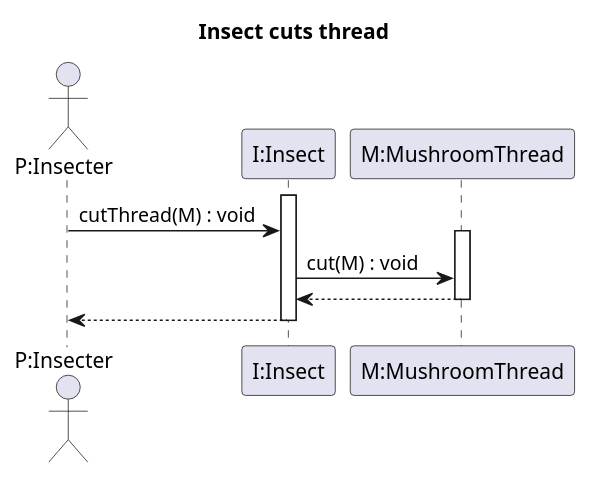
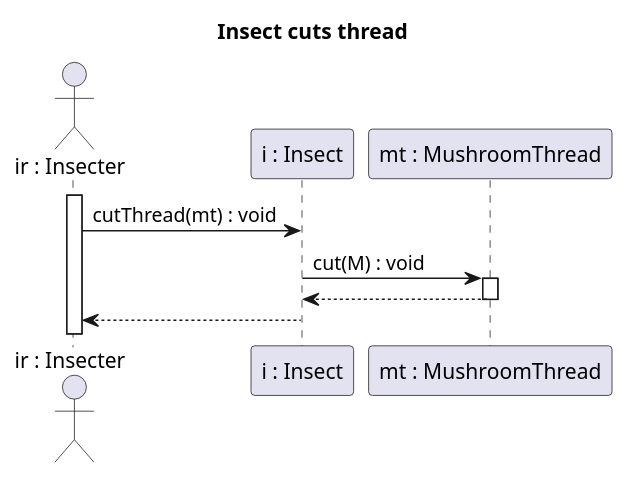
Before and after one commit to Petya-G/fungorium: the diagram in 3/sequence/instectCutThread.puml, drawn with PlantUML. The commit also changed 2 other files, not shown here.

```diff
--- a/3/sequence/instectCutThread.puml
+++ b/3/sequence/instectCutThread.puml
@@ -1,23 +1,21 @@
 @startuml insectCutThread
 
 title Insect cuts thread
 
 
-actor "P:Insecter" as P
-participant  "I:Insect" as I
-participant "M:MushroomThread" as M
+actor "ir : Insecter" as IR
+participant  "i : Insect" as I
+participant "mt : MushroomThread" as M
 
+activate IR
+IR -> I: cutThread(mt) : void
+I -> M: cut(M) : void
+activate M
+M--> I
 
-activate I
-P -> I: cutThread(M) : void
-activate M
-I -> M: cut(M) : void
-M--> I
 deactivate M
-I-->P
+I-->IR
+
 deactivate I
 
-
-
-
 @enduml
```
